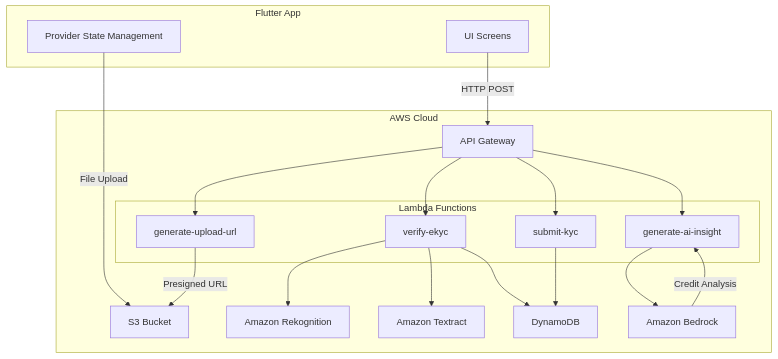
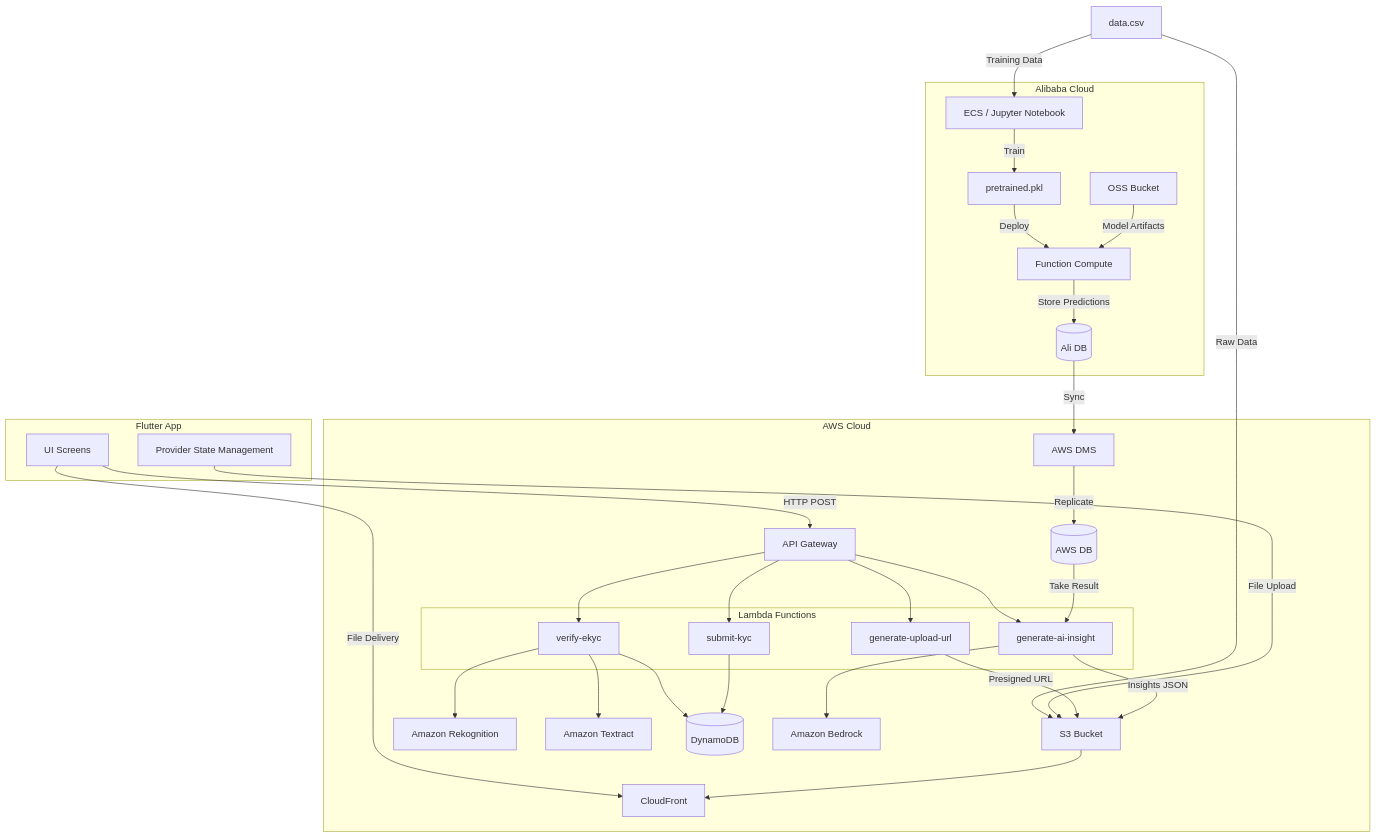
Before and after one commit to ashuan945/ewallet_app: the first of 2 diagrams in README.md, drawn with Mermaid. The commit also changed other lines of this file, not shown here.

First line of the commit message:
Revise README with hybrid cloud architecture details

````diff
--- a/README.md
+++ b/README.md
@@ -34,36 +46,59 @@
 ```mermaid
 graph TB
     subgraph Flutter["Flutter App"]
         UI[UI Screens]
         State[Provider State Management]
+    end
+
+    subgraph Alibaba["Alibaba Cloud"]
+        ECS[ECS / Jupyter Notebook]
+        OSS[OSS Bucket]
+        FC[Function Compute]
+        AliDB[(Ali DB)]
+        Model[pretrained.pkl]
     end
 
     subgraph AWS["AWS Cloud"]
         APIGW[API Gateway]
         subgraph Lambda["Lambda Functions"]
             GEN[generate-upload-url]
             VERIFY[verify-ekyc]
             SUBMIT[submit-kyc]
             AI[generate-ai-insight]
         end
-        S3[S3 Bucket]
+        S3AWS[S3 Bucket]
+        CF[CloudFront]
         REK[Amazon Rekognition]
         TEX[Amazon Textract]
-        DDB[DynamoDB]
+        DDB[(DynamoDB)]
+        AWSDB[(AWS DB)]
         BED[Amazon Bedrock]
+        DMS[AWS DMS]
     end
 
+    DataCSV[data.csv] -->|Training Data| ECS
+    DataCSV -->|Raw Data| S3AWS
+    ECS -->|Train| Model
+    Model -->|Deploy| FC
+    FC -->|Store Predictions| AliDB
+    OSS -->|Model Artifacts| FC
+    AliDB -->|Sync| DMS
+    DMS -->|Replicate| AWSDB
+
     UI -->|HTTP POST| APIGW
-    State -->|File Upload| S3
+    UI -->|File Delivery| CF
+    State -->|File Upload| S3AWS
     APIGW --> GEN
     APIGW --> VERIFY
     APIGW --> SUBMIT
     APIGW --> AI
-    GEN -->|Presigned URL| S3
+    GEN -->|Presigned URL| S3AWS
     VERIFY --> REK
     VERIFY --> TEX
     VERIFY --> DDB
     SUBMIT --> DDB
     AI --> BED
-    BED -->|Credit Analysis| AI
+    AWSDB -->|Take Result| AI
+    AI -->|Insights JSON| S3AWS
+    S3AWS --> CF
 ```
````
